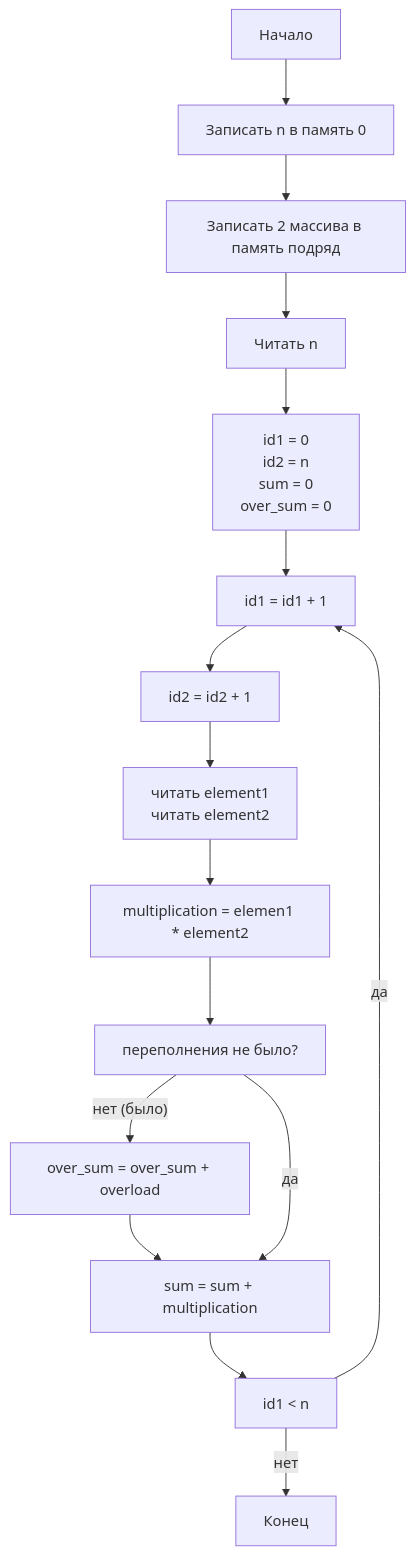
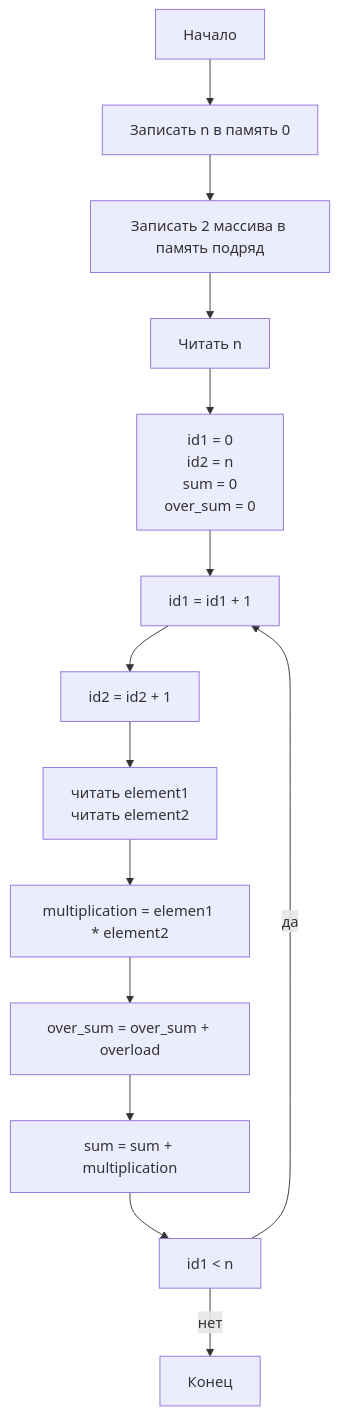
The second of 2 diagrams in README.md (Dyaika/three-address-cpu), drawn with Mermaid before and after one commit. The commit also changed other lines of this file and 1 other file, not shown here.

Commit message:
feat(core): removes unnecessary command

````diff
--- a/README.md
+++ b/README.md
@@ -74,23 +73,21 @@
 ```mermaid
 flowchart TD
     A[Начало] --> B[Записать n в память 0]
     B --> C[Записать 2 массива в память подряд]
     C --> D[Читать n]
     D --> F[id1 = 0
     id2 = n
     sum = 0
     over_sum = 0]
     F --> G[id1 = id1 + 1]
     G --> H[id2 = id2 + 1]
     H --> J[читать element1
     читать element2]
     J --> K[multiplication = elemen1 * element2]
-    K --> K1[переполнения не было?]
-    K1 -- нет (было) --> Q[over_sum = over_sum + overload]
-    Q --> P1
-    K1 -- да -->  P1[sum = sum + multiplication]
+    K --> Q[over_sum = over_sum + overload]
+    Q --> P1[sum = sum + multiplication]
     P1 -->P[id1 < n]
     P -- да --> G
     P -- нет --> N[Конец]
 
 ```
````
